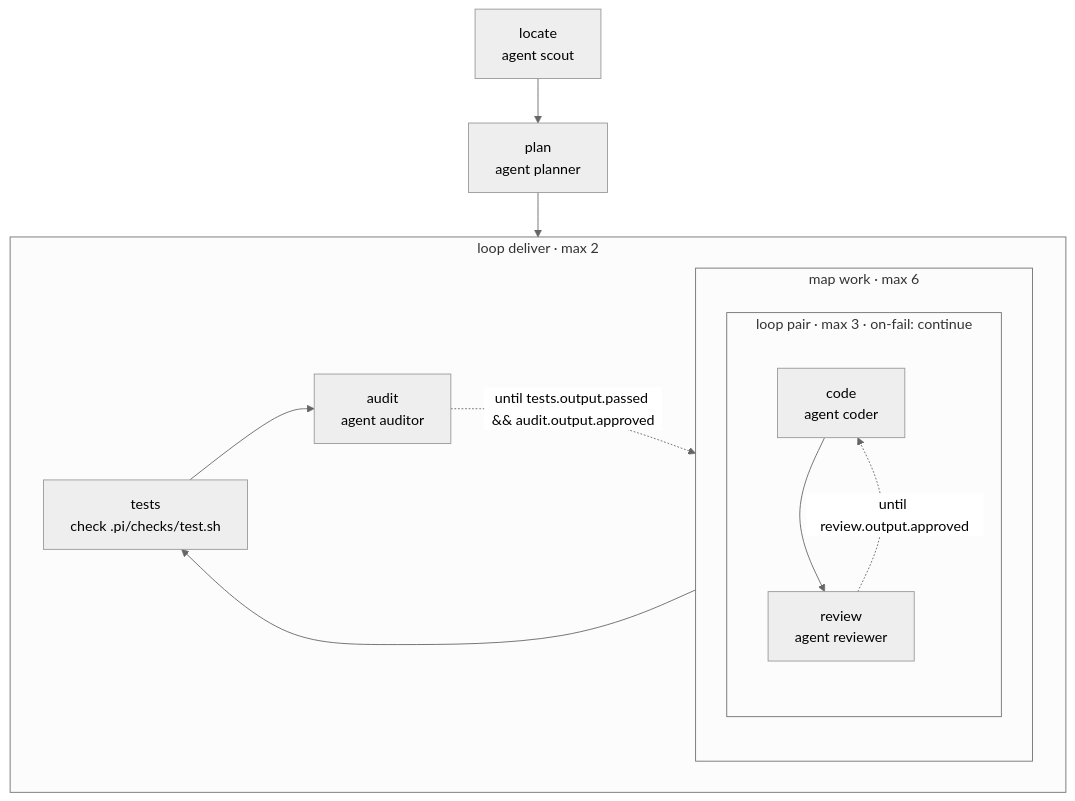
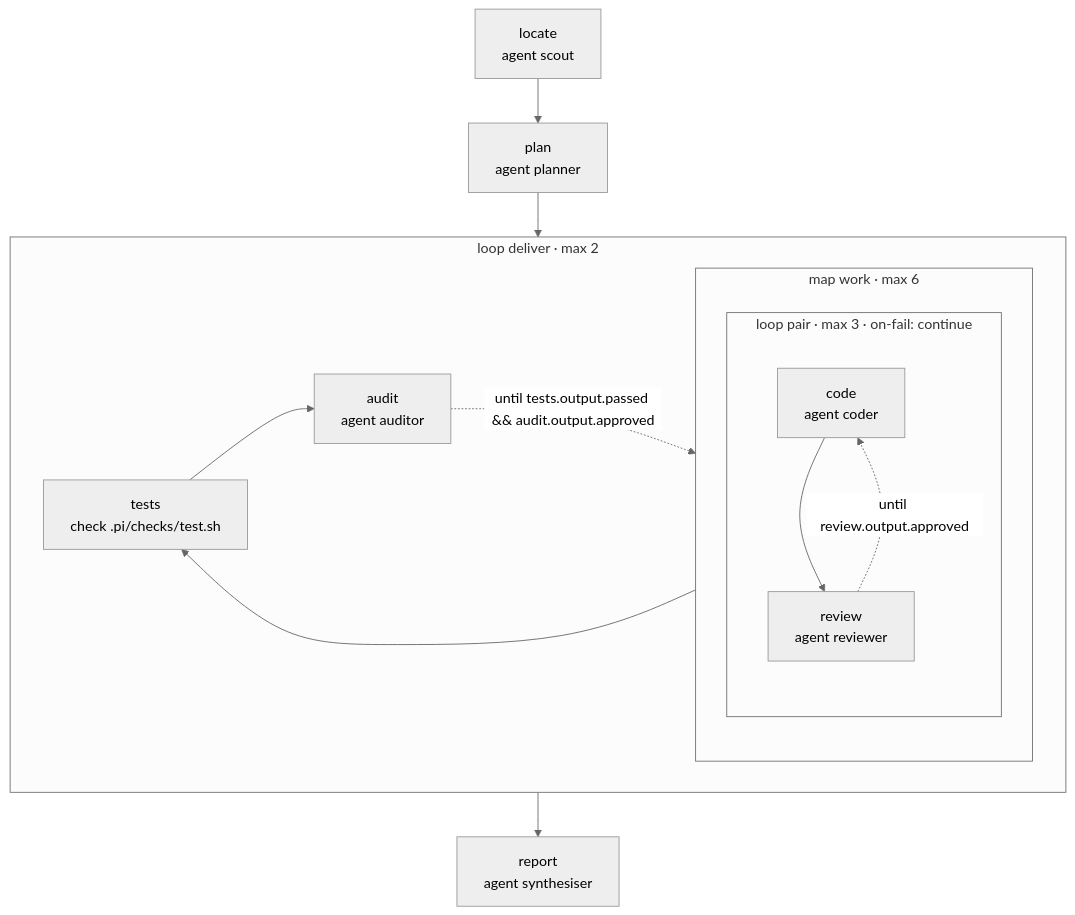
The diagram in docs/reference/flows/build.md (AI-for-dev/combo), drawn with Mermaid (neutral theme) before and after one commit. The commit also changed 7 other files, not shown here.

First line of the commit message:
feat(flow): end the shipped build with a short report

````diff
--- a/docs/reference/flows/build.md
+++ b/docs/reference/flows/build.md
@@ -9,22 +9,24 @@
 ```mermaid
 flowchart TD
   n1["locate<br/>agent scout"]
   n2["plan<br/>agent planner"]
   subgraph n3["loop deliver · max 2"]
     subgraph n4["map work · max 6"]
       subgraph n5["loop pair · max 3 · on-fail: continue"]
         n6["code<br/>agent coder"]
         n7["review<br/>agent reviewer"]
         n6 --> n7
         n7 -.->|"until review.output.approved"| n6
       end
     end
     n8["tests<br/>check .pi/checks/test.sh"]
     n9["audit<br/>agent auditor"]
     n4 --> n8
     n8 --> n9
     n9 -.->|"until tests.output.passed #38;#38; audit.output.approved"| n4
   end
+  n10["report<br/>agent synthesiser"]
   n1 --> n2
   n2 --> n3
+  n3 --> n10
 ```
````
